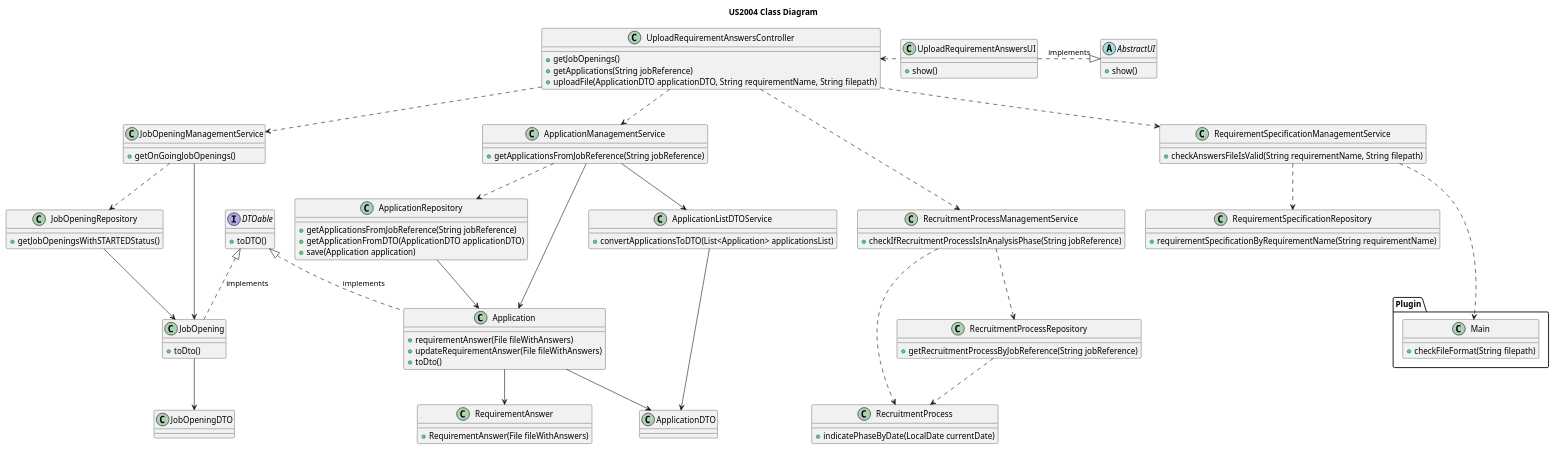
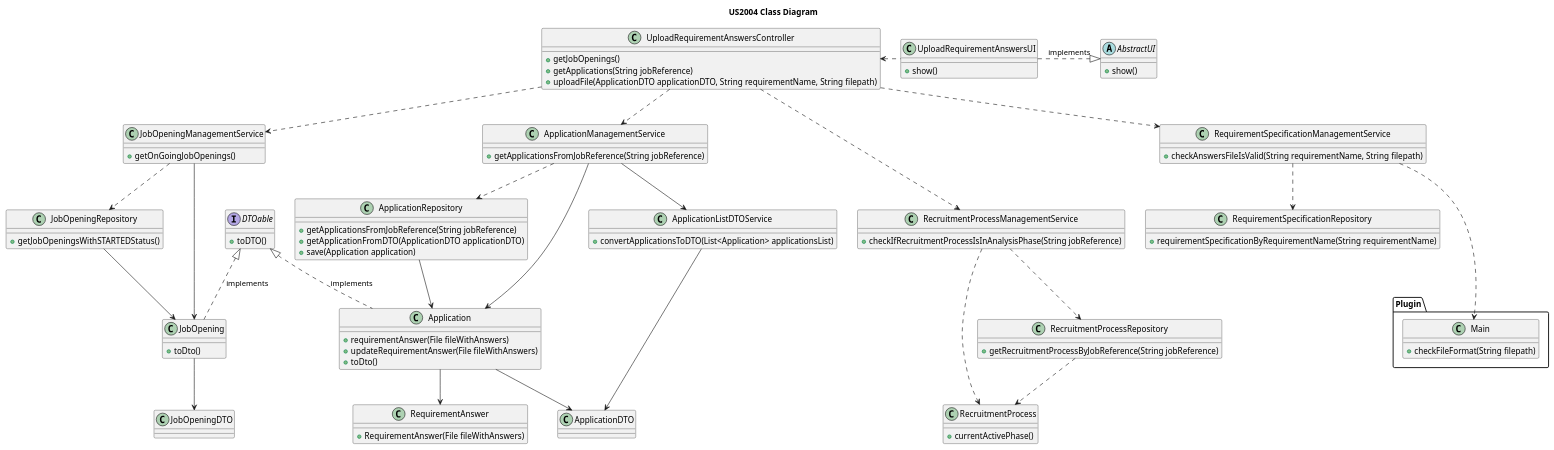
The diagram in docs/sprint-c/us_2004/US2004_CD/us2004_cd.puml (rita-barbosa/LAPR4-2324), drawn with PlantUML before and after one commit. The commit also changed 3 other files, not shown here.

First line of the commit message:
feat: US2004 design diagrams update (way to get check the current phase)

```diff
--- a/docs/sprint-c/us_2004/US2004_CD/us2004_cd.puml
+++ b/docs/sprint-c/us_2004/US2004_CD/us2004_cd.puml
@@ -1,127 +1,127 @@
 @startuml
 'https://plantuml.com/class-diagram
 
 title US2004 Class Diagram
 
 abstract class AbstractUI{
 + show()
 }
 
 interface DTOable {
 + toDTO()
 }
 
 class UploadRequirementAnswersUI {
 + show()
 }
 
 class UploadRequirementAnswersController {
 + getJobOpenings()
 + getApplications(String jobReference)
 + uploadFile(ApplicationDTO applicationDTO, String requirementName, String filepath)
 }
 
 class JobOpeningManagementService {
 + getOnGoingJobOpenings()
 }
 
 class RecruitmentProcessManagementService {
 + checkIfRecruitmentProcessIsInAnalysisPhase(String jobReference)
 }
 
 class RecruitmentProcessRepository {
 + getRecruitmentProcessByJobReference(String jobReference)
 }
 
 class RecruitmentProcess {
-+ indicatePhaseByDate(LocalDate currentDate)
++ currentActivePhase()
 }
 
 
 class JobOpening {
 + toDto()
 }
 
 class JobOpeningDTO {}
 
 class JobOpeningRepository {
 + getJobOpeningsWithSTARTEDStatus()
 }
 
 class ApplicationManagementService {
 + getApplicationsFromJobReference(String jobReference)
 }
 
 class Application {
 + requirementAnswer(File fileWithAnswers)
 + updateRequirementAnswer(File fileWithAnswers)
 + toDto()
 }
 
 class ApplicationDTO {}
 
 class ApplicationListDTOService {
 + convertApplicationsToDTO(List<Application> applicationsList)
 }
 
 class RequirementAnswer {
 + RequirementAnswer(File fileWithAnswers)
 }
 
 class ApplicationRepository {
 + getApplicationsFromJobReference(String jobReference)
 + getApplicationFromDTO(ApplicationDTO applicationDTO)
 + save(Application application)
 }
 
 class RequirementSpecificationManagementService {
 + checkAnswersFileIsValid(String requirementName, String filepath)
 }
 
 class RequirementSpecificationRepository {
 + requirementSpecificationByRequirementName(String requirementName)
 }
 
 package "Plugin" {
     class Main {
     + checkFileFormat(String filepath)
     }
 
 }
 
 
 'ASSOCIATIONS
 AbstractUI <|.left. UploadRequirementAnswersUI : implements
 DTOable <|.. JobOpening : implements
 DTOable <|.. Application : implements
 
 UploadRequirementAnswersUI .left.> UploadRequirementAnswersController
 
 UploadRequirementAnswersController ..> JobOpeningManagementService
 UploadRequirementAnswersController ..> ApplicationManagementService
 UploadRequirementAnswersController ..> RequirementSpecificationManagementService
 UploadRequirementAnswersController ...> RecruitmentProcessManagementService
 
 'SERVICES AND DOMAIN
 JobOpeningManagementService ..> JobOpeningRepository
 JobOpeningManagementService --> JobOpening
 JobOpeningRepository --> JobOpening
 JobOpening --> JobOpeningDTO
 
 ApplicationManagementService ..> ApplicationRepository
 ApplicationManagementService --> Application
 ApplicationRepository --> Application
 Application --> RequirementAnswer
 ApplicationManagementService --> ApplicationListDTOService
 ApplicationListDTOService --> ApplicationDTO
 Application --> ApplicationDTO
 
 RecruitmentProcessManagementService ..> RecruitmentProcessRepository
 RecruitmentProcessRepository ..> RecruitmentProcess
 RecruitmentProcessManagementService ..> RecruitmentProcess
 
 RequirementSpecificationManagementService ..> RequirementSpecificationRepository
 RequirementSpecificationManagementService ...> Main
 
 
 @enduml
```
